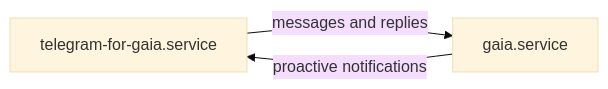
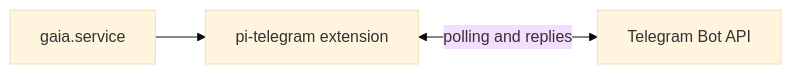
Before and after one commit to jarvahl/nix-config: the diagram in modules/den/aspects/dvalin+/README.md, drawn with Mermaid (base theme). The commit also changed 22 other files, not shown here.

Commit message:
dvalin: run Gaia with pi Telegram extensions

````diff
--- a/modules/den/aspects/dvalin+/README.md
+++ b/modules/den/aspects/dvalin+/README.md
@@ -1,8 +1,9 @@
 ```mermaid
 flowchart LR
-    T[telegram-for-gaia.service]
     G[gaia.service]
+    P[pi-telegram extension]
+    T[Telegram Bot API]
 
-    T -->|messages and replies| G
-    G -->|proactive notifications| T
+    G --> P
+    P <-->|polling and replies| T
 ```
````
